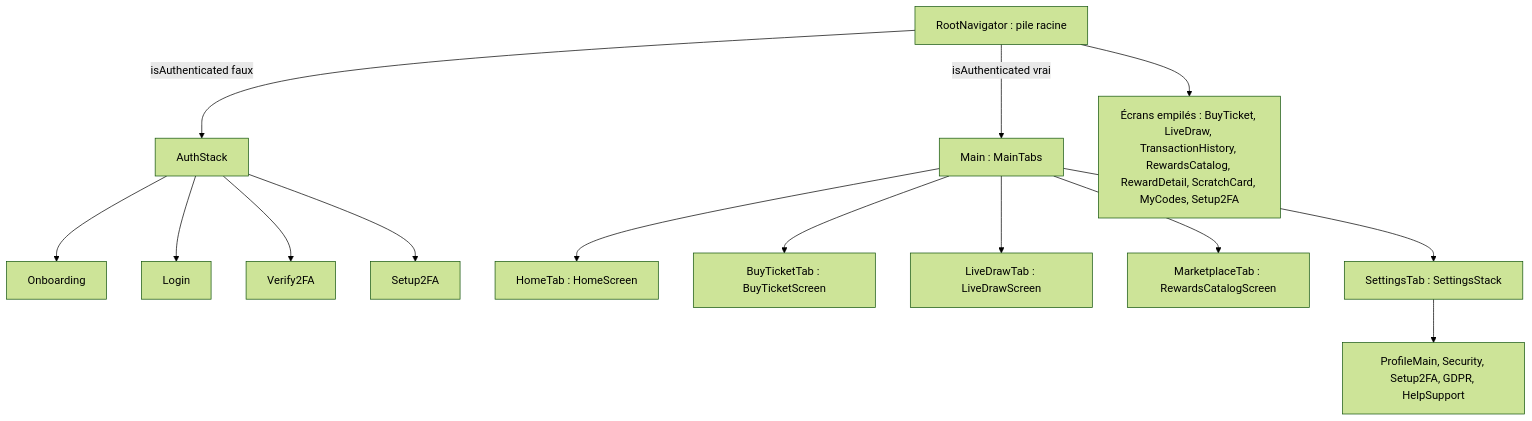
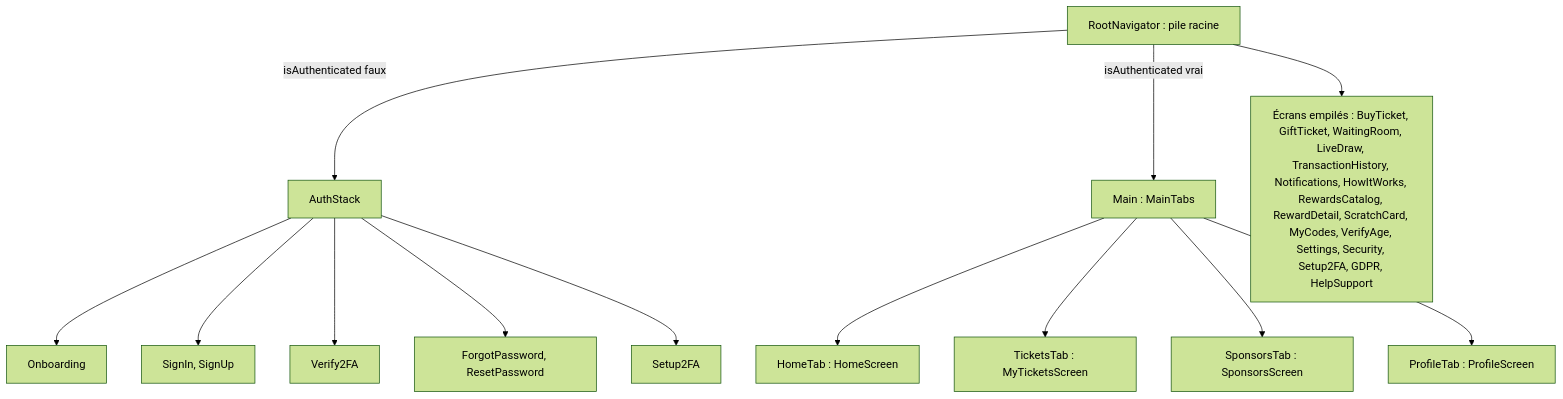
The first of 2 diagrams in documentation-officielle/content/mobile/navigation-ecrans.md (MarceauTDML/BlockLucky), drawn with Mermaid (forest theme) before and after one commit. The commit also changed other lines of this file and 211 other files, not shown here.

````diff
--- a/documentation-officielle/content/mobile/navigation-ecrans.md
+++ b/documentation-officielle/content/mobile/navigation-ecrans.md
@@ -9,16 +16,15 @@
 ```mermaid
 flowchart TD
   ROOT["RootNavigator : pile racine"] -->|"isAuthenticated faux"| AUTH["AuthStack"]
   ROOT -->|"isAuthenticated vrai"| MAIN["Main : MainTabs"]
-  ROOT --> PUSH["Écrans empilés : BuyTicket, LiveDraw, TransactionHistory, RewardsCatalog, RewardDetail, ScratchCard, MyCodes, Setup2FA"]
+  ROOT --> PUSH["Écrans empilés : BuyTicket, GiftTicket, WaitingRoom, LiveDraw, TransactionHistory, Notifications, HowItWorks, RewardsCatalog, RewardDetail, ScratchCard, MyCodes, VerifyAge, Settings, Security, Setup2FA, GDPR, HelpSupport"]
   AUTH --> A1["Onboarding"]
-  AUTH --> A2["Login"]
+  AUTH --> A2["SignIn, SignUp"]
   AUTH --> A3["Verify2FA"]
-  AUTH --> A4["Setup2FA"]
+  AUTH --> A4["ForgotPassword, ResetPassword"]
+  AUTH --> A5["Setup2FA"]
   MAIN --> T1["HomeTab : HomeScreen"]
-  MAIN --> T2["BuyTicketTab : BuyTicketScreen"]
-  MAIN --> T3["LiveDrawTab : LiveDrawScreen"]
-  MAIN --> T4["MarketplaceTab : RewardsCatalogScreen"]
-  MAIN --> T5["SettingsTab : SettingsStack"]
-  T5 --> S1["ProfileMain, Security, Setup2FA, GDPR, HelpSupport"]
+  MAIN --> T2["TicketsTab : MyTicketsScreen"]
+  MAIN --> T3["SponsorsTab : SponsorsScreen"]
+  MAIN --> T4["ProfileTab : ProfileScreen"]
 ```
````
